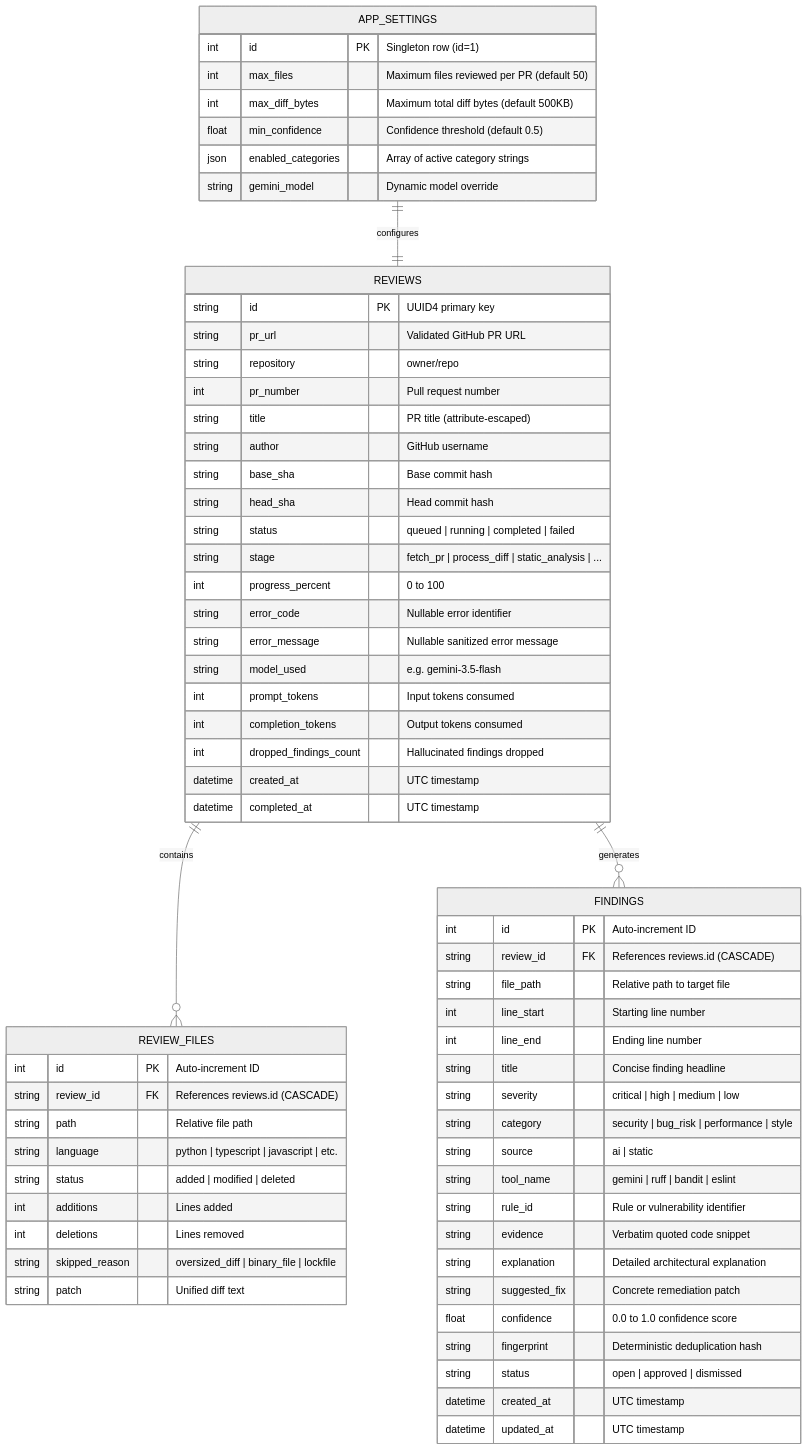
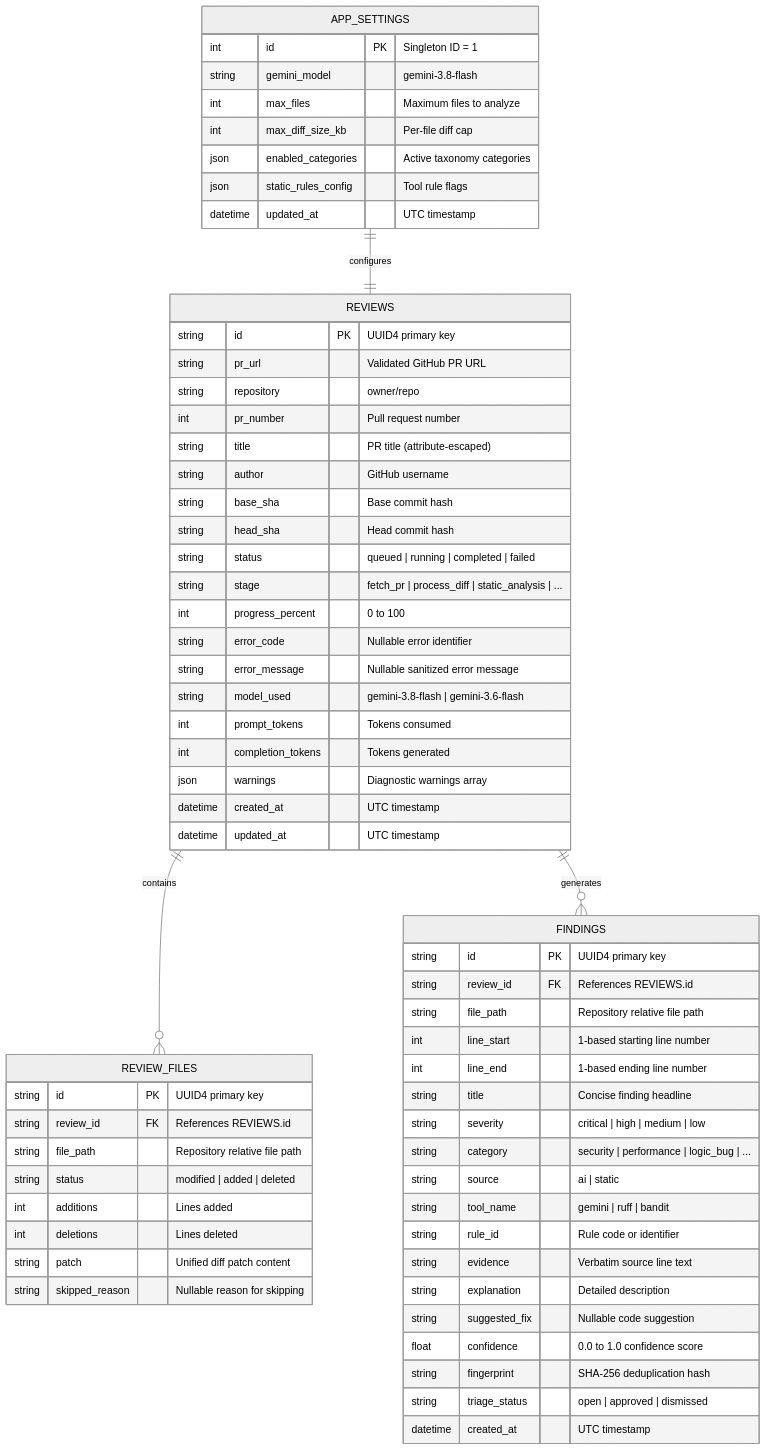
The fifth of 5 diagrams in docs/ARCHITECTURE.md (shashi123exe/pr-sentinel), drawn with Mermaid (neutral theme) before and after one commit. The commit also changed other lines of this file and 8 other files, not shown here.

````diff
--- a/docs/ARCHITECTURE.md
+++ b/docs/ARCHITECTURE.md
@@ -230,71 +243,70 @@
 ```mermaid
 erDiagram
     REVIEWS ||--o{ REVIEW_FILES : "contains"
     REVIEWS ||--o{ FINDINGS : "generates"
     APP_SETTINGS ||--|| REVIEWS : "configures"
 
     REVIEWS {
         string id PK "UUID4 primary key"
         string pr_url "Validated GitHub PR URL"
         string repository "owner/repo"
         int pr_number "Pull request number"
         string title "PR title (attribute-escaped)"
         string author "GitHub username"
         string base_sha "Base commit hash"
         string head_sha "Head commit hash"
         string status "queued | running | completed | failed"
         string stage "fetch_pr | process_diff | static_analysis | ..."
         int progress_percent "0 to 100"
         string error_code "Nullable error identifier"
         string error_message "Nullable sanitized error message"
-        string model_used "e.g. gemini-3.5-flash"
-        int prompt_tokens "Input tokens consumed"
-        int completion_tokens "Output tokens consumed"
-        int dropped_findings_count "Hallucinated findings dropped"
-        datetime created_at "UTC timestamp"
-        datetime completed_at "UTC timestamp"
-    }
-
-    REVIEW_FILES {
-        int id PK "Auto-increment ID"
-        string review_id FK "References reviews.id (CASCADE)"
-        string path "Relative file path"
-        string language "python | typescript | javascript | etc."
-        string status "added | modified | deleted"
-        int additions "Lines added"
-        int deletions "Lines removed"
-        string skipped_reason "oversized_diff | binary_file | lockfile"
-        string patch "Unified diff text"
-    }
-
-    FINDINGS {
-        int id PK "Auto-increment ID"
-        string review_id FK "References reviews.id (CASCADE)"
-        string file_path "Relative path to target file"
-        int line_start "Starting line number"
-        int line_end "Ending line number"
-        string title "Concise finding headline"
-        string severity "critical | high | medium | low"
-        string category "security | bug_risk | performance | style"
-        string source "ai | static"
-        string tool_name "gemini | ruff | bandit | eslint"
-        string rule_id "Rule or vulnerability identifier"
-        string evidence "Verbatim quoted code snippet"
-        string explanation "Detailed architectural explanation"
-        string suggested_fix "Concrete remediation patch"
-        float confidence "0.0 to 1.0 confidence score"
-        string fingerprint "Deterministic deduplication hash"
-        string status "open | approved | dismissed"
+        string model_used "gemini-3.8-flash | gemini-3.6-flash"
+        int prompt_tokens "Tokens consumed"
+        int completion_tokens "Tokens generated"
+        json warnings "Diagnostic warnings array"
         datetime created_at "UTC timestamp"
         datetime updated_at "UTC timestamp"
     }
 
+    REVIEW_FILES {
+        string id PK "UUID4 primary key"
+        string review_id FK "References REVIEWS.id"
+        string file_path "Repository relative file path"
+        string status "modified | added | deleted"
+        int additions "Lines added"
+        int deletions "Lines deleted"
+        string patch "Unified diff patch content"
+        string skipped_reason "Nullable reason for skipping"
+    }
+
+    FINDINGS {
+        string id PK "UUID4 primary key"
+        string review_id FK "References REVIEWS.id"
+        string file_path "Repository relative file path"
+        int line_start "1-based starting line number"
+        int line_end "1-based ending line number"
+        string title "Concise finding headline"
+        string severity "critical | high | medium | low"
+        string category "security | performance | logic_bug | ..."
+        string source "ai | static"
+        string tool_name "gemini | ruff | bandit"
+        string rule_id "Rule code or identifier"
+        string evidence "Verbatim source line text"
+        string explanation "Detailed description"
+        string suggested_fix "Nullable code suggestion"
+        float confidence "0.0 to 1.0 confidence score"
+        string fingerprint "SHA-256 deduplication hash"
+        string triage_status "open | approved | dismissed"
+        datetime created_at "UTC timestamp"
+    }
+
     APP_SETTINGS {
-        int id PK "Singleton row (id=1)"
-        int max_files "Maximum files reviewed per PR (default 50)"
-        int max_diff_bytes "Maximum total diff bytes (default 500KB)"
-        float min_confidence "Confidence threshold (default 0.5)"
-        json enabled_categories "Array of active category strings"
-        string gemini_model "Dynamic model override"
+        int id PK "Singleton ID = 1"
+        string gemini_model "gemini-3.8-flash"
+        int max_files "Maximum files to analyze"
+        int max_diff_size_kb "Per-file diff cap"
+        json enabled_categories "Active taxonomy categories"
+        json static_rules_config "Tool rule flags"
+        datetime updated_at "UTC timestamp"
     }
 ```
````
